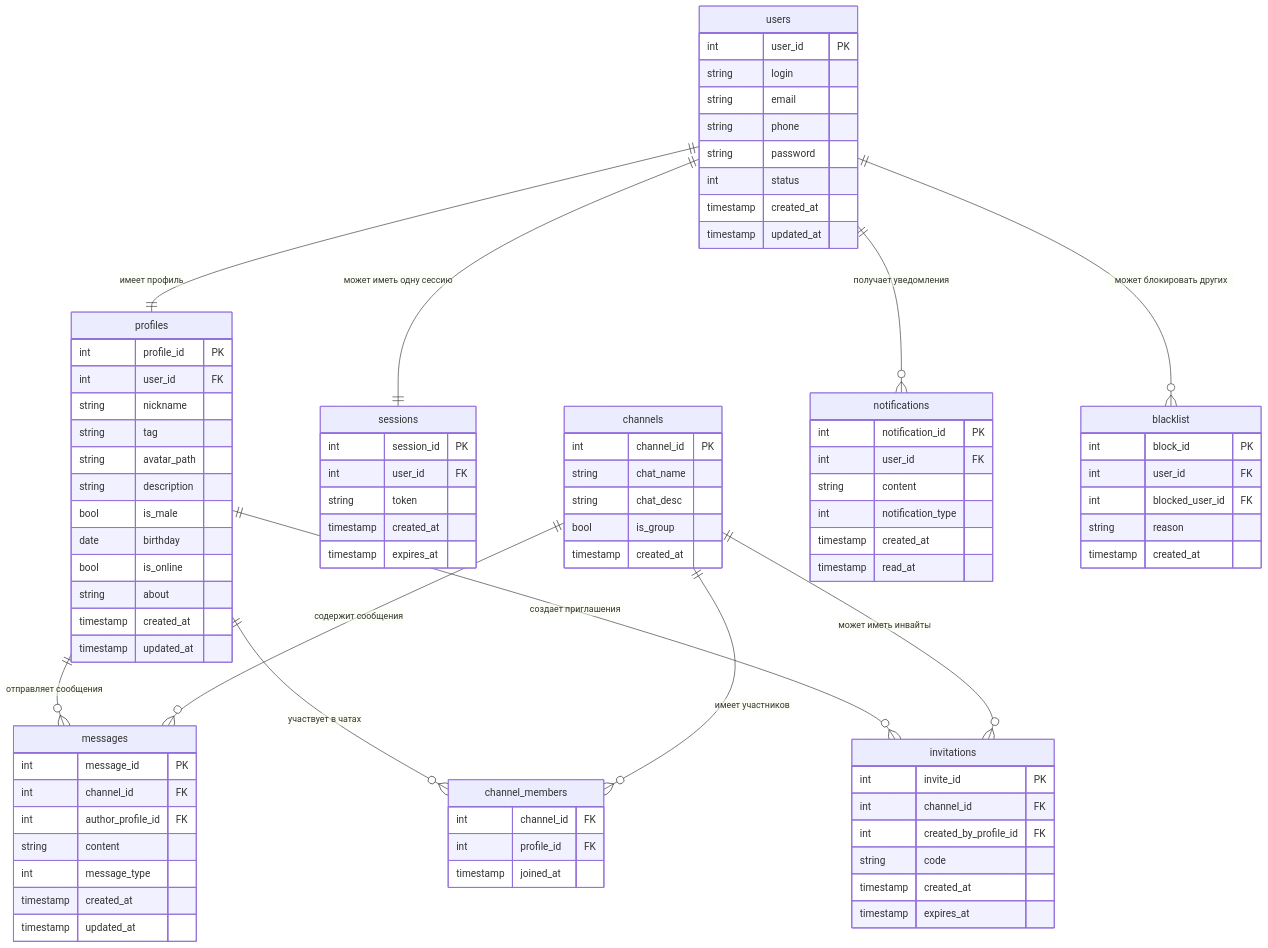
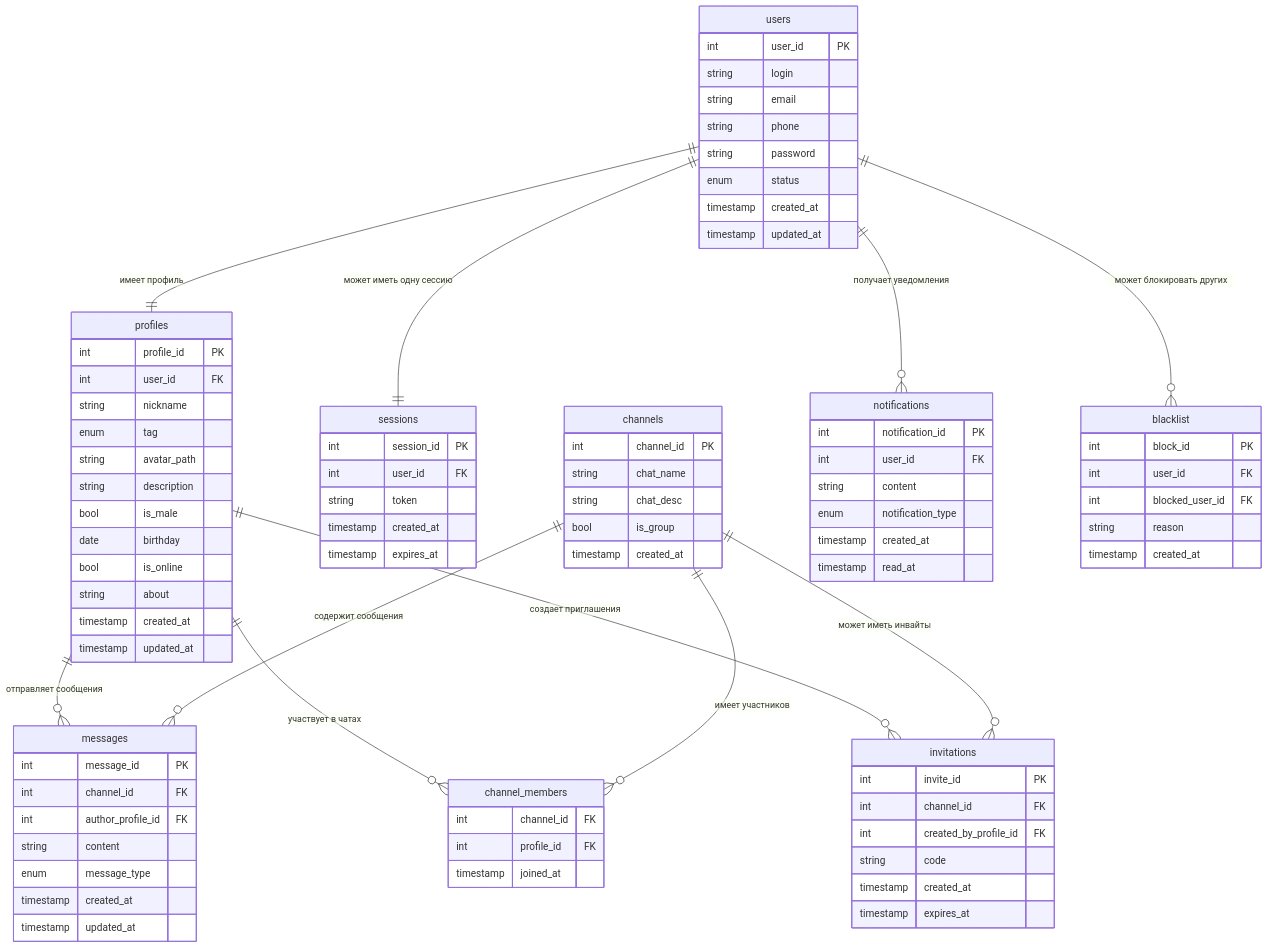
One commit to Neratus/highload_vk_technopark_Discord changed the diagram in README.md. Above: the diagram before and after it, drawn with Mermaid.

Commit message:
syncronizing

```diff
--- a/README.md
+++ b/README.md
@@ -383,7 +383,7 @@
     string email
     string phone
     string password
-    int status
+    enum status
     timestamp created_at
     timestamp updated_at
 }
@@ -392,7 +392,7 @@
     int profile_id PK
     int user_id FK
     string nickname
-    string tag
+    enum tag
     string avatar_path
     string description
     bool is_male
@@ -430,7 +430,7 @@
     int channel_id FK
     int author_profile_id FK
     string content
-    int message_type
+    enum message_type
     timestamp created_at
     timestamp updated_at
 }
@@ -448,7 +448,7 @@
     int notification_id PK
     int user_id FK
     string content
-    int notification_type
+    enum notification_type
     timestamp created_at
     timestamp read_at
 }
```
